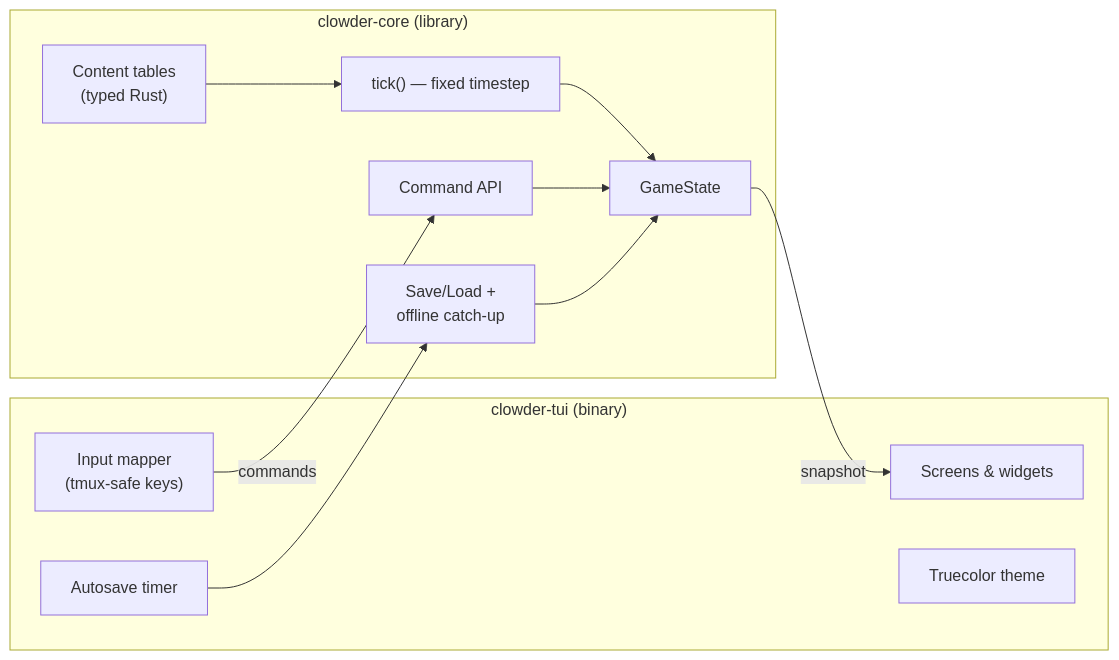
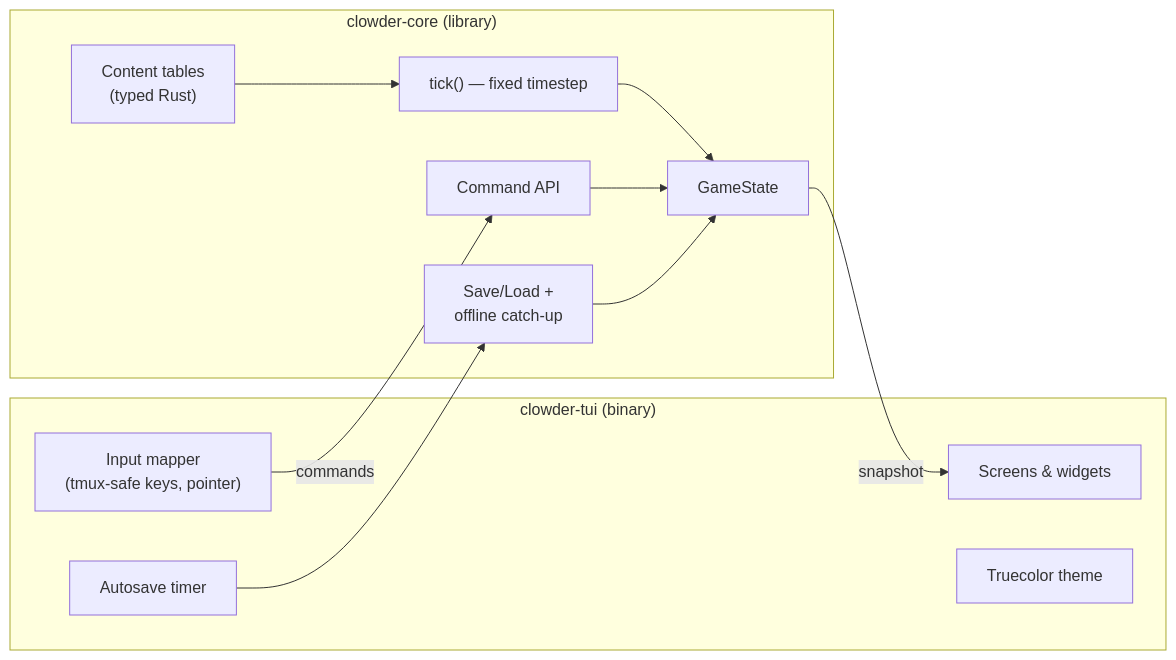
Before and after one commit to jszmajda/clowder: the diagram in docs/high-level-design.md, drawn with Mermaid. The commit also changed other lines of this file, not shown here.

````diff
--- a/docs/high-level-design.md
+++ b/docs/high-level-design.md
@@ -73,23 +73,23 @@
 ```mermaid
 flowchart LR
     subgraph tui["clowder-tui (binary)"]
-        Input["Input mapper<br/>(tmux-safe keys)"]
+        Input["Input mapper<br/>(tmux-safe keys, pointer)"]
         Screens["Screens & widgets"]
         Theme["Truecolor theme"]
         Autosave["Autosave timer"]
     end
     subgraph core["clowder-core (library)"]
         Commands["Command API"]
         State["GameState"]
         Tick["tick() — fixed timestep"]
         Content["Content tables<br/>(typed Rust)"]
         Persist["Save/Load +<br/>offline catch-up"]
     end
     Input -->|commands| Commands
     Commands --> State
     Tick --> State
     Content --> Tick
     Persist --> State
     State -->|snapshot| Screens
     Autosave --> Persist
 ```
````
